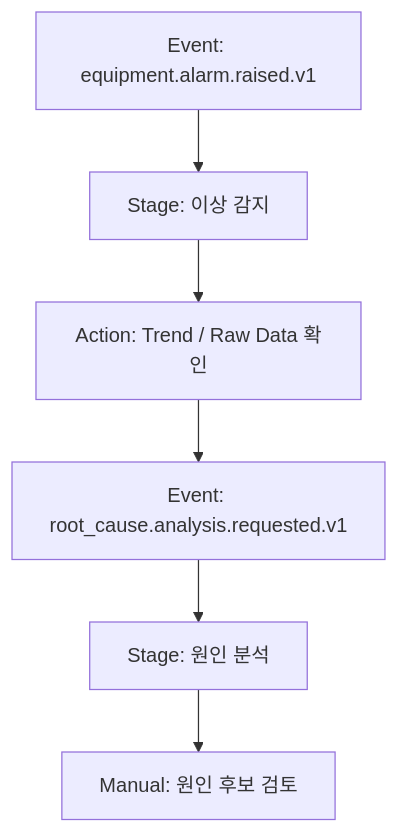
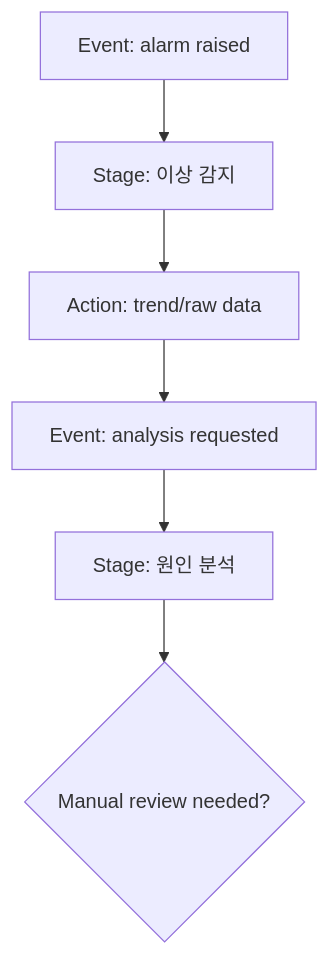
The first of 2 diagrams in data/boi/public/boi-wiki-manual/use-cases/sop-flow-visualization.md (chokukil/boi-wiki), drawn with Mermaid before and after one commit. The commit also changed other lines of this file and 8 other files, not shown here.

Commit message:
Render Mermaid diagrams in BoI docs

````diff
--- a/data/boi/public/boi-wiki-manual/use-cases/sop-flow-visualization.md
+++ b/data/boi/public/boi-wiki-manual/use-cases/sop-flow-visualization.md
@@ -45,8 +49,8 @@
 ```mermaid
 flowchart TD
-  A["Event: equipment.alarm.raised.v1"] --> B["Stage: 이상 감지"]
-  B --> C["Action: Trend / Raw Data 확인"]
-  C --> D["Event: root_cause.analysis.requested.v1"]
-  D --> E["Stage: 원인 분석"]
-  E --> F["Manual: 원인 후보 검토"]
+  evt_alarm["Event: alarm raised"] --> stage_detect["Stage: 이상 감지"]
+  stage_detect --> act_trend["Action: trend/raw data"]
+  act_trend --> evt_analyze["Event: analysis requested"]
+  evt_analyze --> stage_analyze["Stage: 원인 분석"]
+  stage_analyze --> manual_review{"Manual review needed?"}
 ```
````
